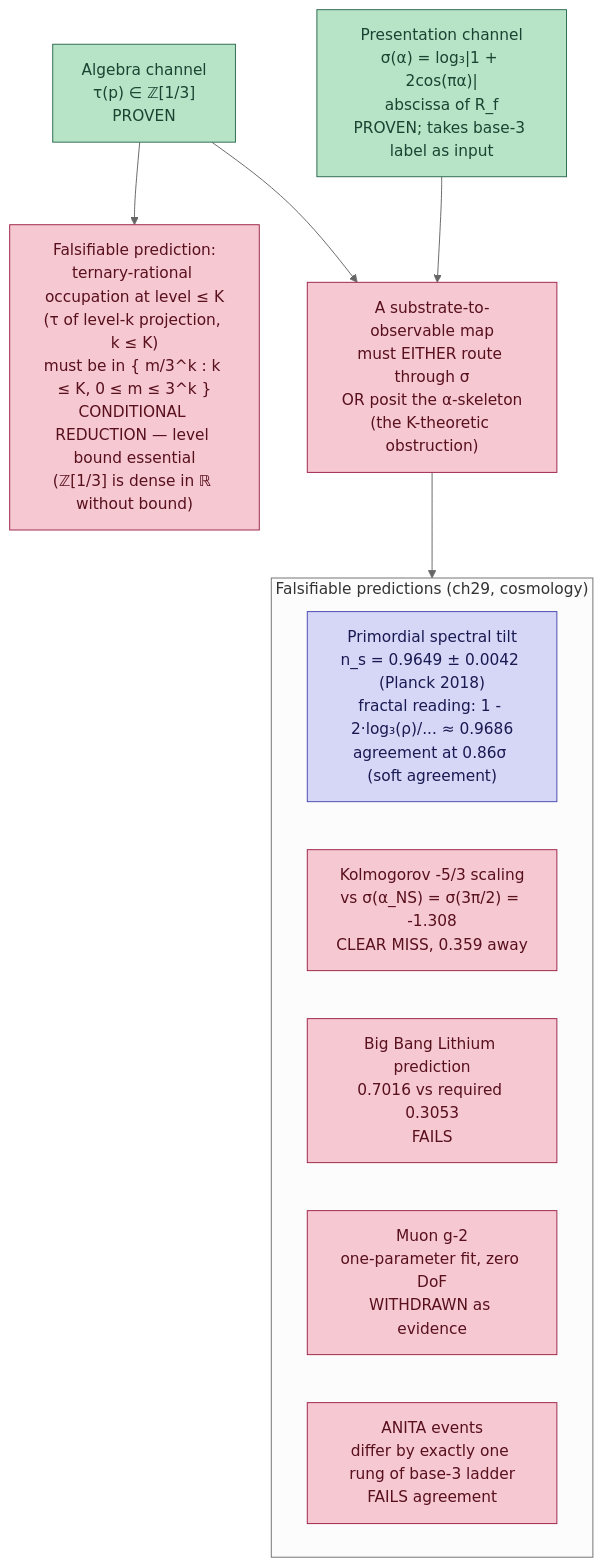
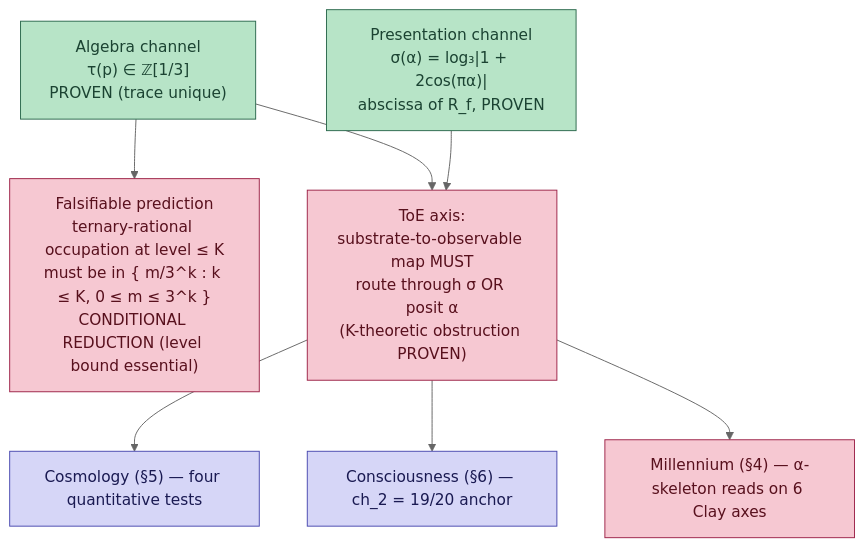
The eighth of 9 diagrams in codex/PRINCIPIA_FRACTALIS_FULL_DIAGRAM_2026-11-14.md (FractalDevTeam/Principia-Fractalis), drawn with Mermaid (neutral theme) before and after one commit. The commit also changed other lines of this file, not shown here.

First line of the commit message:
diagram: full ToE rewrite — 7 book parts, ch34A apex, 9 alphas, 15 invariants, non-Clay pillars

````diff
--- a/codex/PRINCIPIA_FRACTALIS_FULL_DIAGRAM_2026-11-14.md
+++ b/codex/PRINCIPIA_FRACTALIS_FULL_DIAGRAM_2026-11-14.md
@@ -222,28 +344,20 @@
 ```mermaid
 flowchart TB
     classDef proven fill:#b7e4c7,stroke:#2d6a4f,color:#1b4332
+    classDef open fill:#f6c8d2,stroke:#9d2449,color:#58101d
     classDef empirical fill:#d6d6f7,stroke:#4a4ab0,color:#1a1a52
-    classDef open fill:#f6c8d2,stroke:#9d2449,color:#58101d
 
-    ALG["Algebra channel<br/>τ(p) ∈ ℤ[1/3]<br/>PROVEN"]:::proven
-    PRES["Presentation channel<br/>σ(α) = log₃|1 + 2cos(πα)|<br/>abscissa of R_f<br/>PROVEN; takes base-3 label as input"]:::proven
+    ALG["Algebra channel<br/>τ(p) ∈ ℤ[1/3]<br/>PROVEN (trace unique)"]:::proven
+    PRES["Presentation channel<br/>σ(α) = log₃|1 + 2cos(πα)|<br/>abscissa of R_f, PROVEN"]:::proven
 
-    FALSIFIABLE["Falsifiable prediction:<br/>ternary-rational occupation at level ≤ K<br/>(τ of level-k projection, k ≤ K)<br/>must be in { m/3^k : k ≤ K, 0 ≤ m ≤ 3^k }<br/>CONDITIONAL REDUCTION — level bound essential<br/>(ℤ[1/3] is dense in ℝ without bound)"]:::open
+    FALS["Falsifiable prediction<br/>ternary-rational occupation at level ≤ K<br/>must be in { m/3^k : k ≤ K, 0 ≤ m ≤ 3^k }<br/>CONDITIONAL REDUCTION (level bound essential)"]:::open
 
-    MAP_INPUT["A substrate-to-observable map<br/>must EITHER route through σ<br/>OR posit the α-skeleton<br/>(the K-theoretic obstruction)"]:::open
+    MAP["ToE axis:<br/>substrate-to-observable map MUST<br/>route through σ OR posit α<br/>(K-theoretic obstruction PROVEN)"]:::open
 
-    ALG --> FALSIFIABLE
-    PRES --> MAP_INPUT
-    ALG --> MAP_INPUT
-
-    subgraph PRED["Falsifiable predictions (ch29, cosmology)"]
-      direction LR
-      TILT["Primordial spectral tilt<br/>n_s = 0.9649 ± 0.0042 (Planck 2018)<br/>fractal reading: 1 - 2·log₃(ρ)/... ≈ 0.9686<br/>agreement at 0.86σ (soft agreement)"]:::empirical
-      KOLM["Kolmogorov -5/3 scaling<br/>vs σ(α_NS) = σ(3π/2) = -1.308<br/>CLEAR MISS, 0.359 away"]:::open
-      LITH["Big Bang Lithium prediction<br/>0.7016 vs required 0.3053<br/>FAILS"]:::open
-      MUON["Muon g-2<br/>one-parameter fit, zero DoF<br/>WITHDRAWN as evidence"]:::open
-      ANITA["ANITA events<br/>differ by exactly one rung of base-3 ladder<br/>FAILS agreement"]:::open
-    end
-
-    MAP_INPUT --> PRED
+    ALG --> FALS
+    ALG --> MAP
+    PRES --> MAP
+    MAP --> COSMO["Cosmology (§5) — four quantitative tests"]:::empirical
+    MAP --> CONSC["Consciousness (§6) — ch_2 = 19/20 anchor"]:::empirical
+    MAP --> MILL["Millennium (§4) — α-skeleton reads on 6 Clay axes"]:::open
 ```
````
